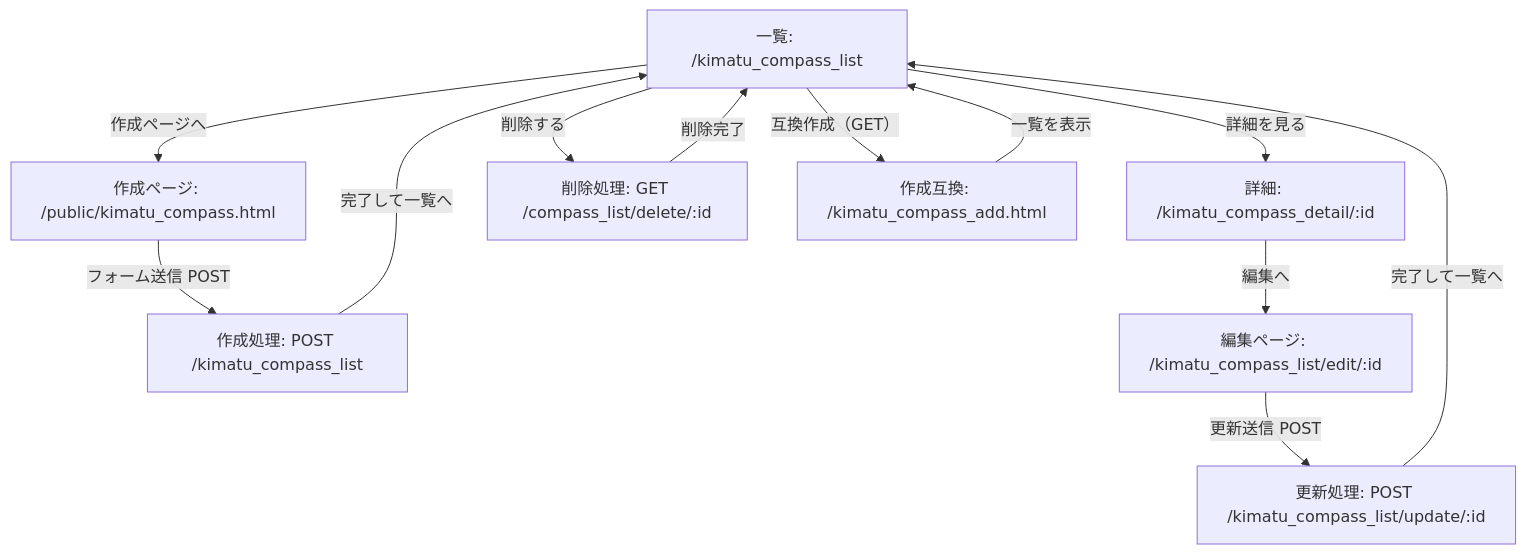
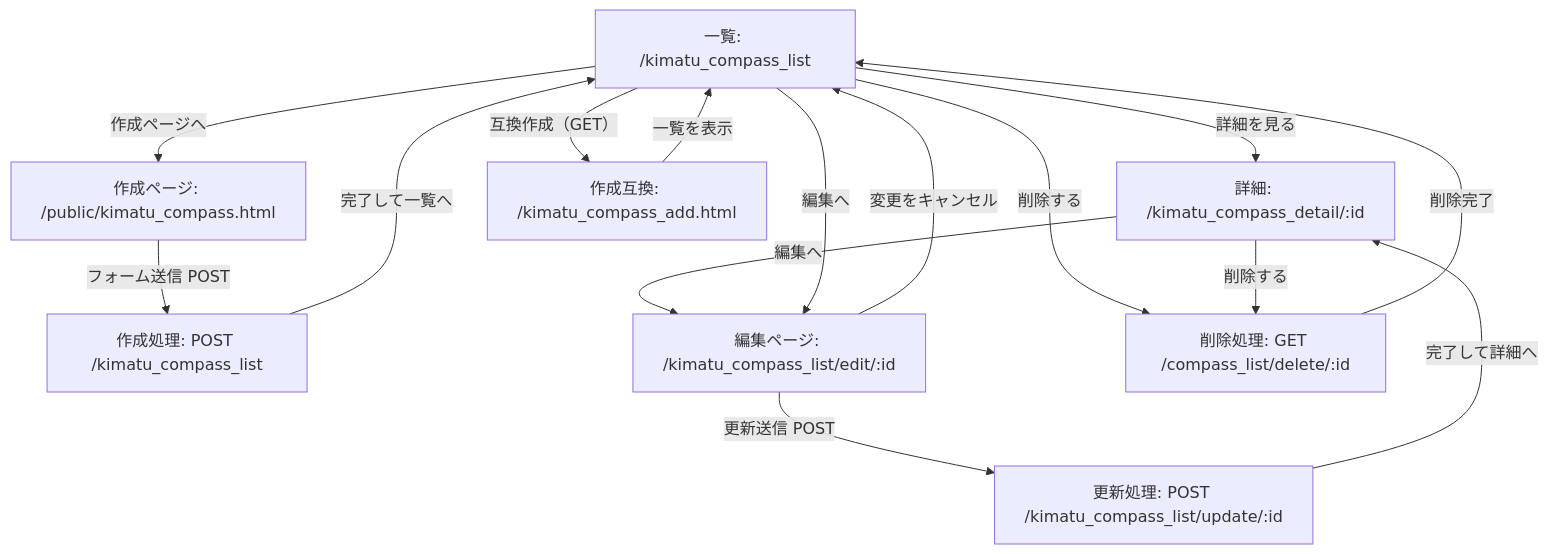
One commit to nazonomikan/webpro_06 changed the diagram in kimatu_compass_flow.md. Above: the diagram before and after it, drawn with Mermaid. The commit also changed 13 other files, not shown here.

````diff
--- a/kimatu_compass_flow.md
+++ b/kimatu_compass_flow.md
@@ -1,17 +1,22 @@
 ```mermaid
 flowchart TD
   A[一覧: /kimatu_compass_list] -->|作成ページへ| B[作成ページ: /public/kimatu_compass.html]
   B -->|フォーム送信 POST| C[作成処理: POST /kimatu_compass_list]
   C -->|完了して一覧へ| A
 
   A -->|詳細を見る| D[詳細: /kimatu_compass_detail/:id]
   D -->|編集へ| E[編集ページ: /kimatu_compass_list/edit/:id]
   E -->|更新送信 POST| F[更新処理: POST /kimatu_compass_list/update/:id]
-  F -->|完了して一覧へ| A
+  F -->|完了して詳細へ| D
 
   A -->|削除する| G[削除処理: GET /compass_list/delete/:id]
   G -->|削除完了| A
 
+  A -->|編集へ| E
+  E -->|変更をキャンセル| A
+  D -->|削除する| G
+
+
   A -->|互換作成（GET）| H[作成互換: /kimatu_compass_add.html]
   H -->|一覧を表示| A
 ```
````
